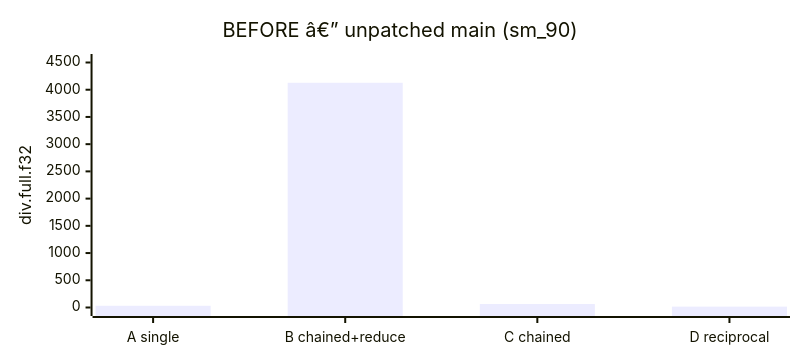
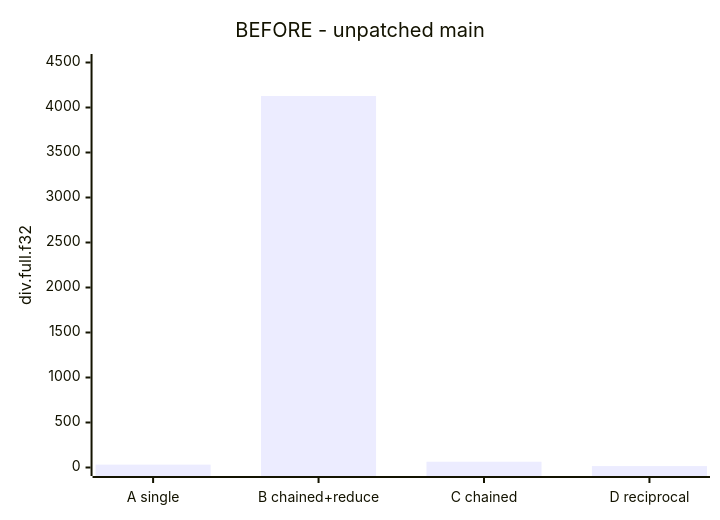
One commit to ArchanaChetan07/Triton- changed the sixth of 7 diagrams in README.md. Above: the diagram before and after it, drawn with Mermaid. The commit also changed other lines of this file, not shown here.

Commit message:
Fix README: encoding, sm_90 badge accuracy, measured PTX lines, diagrams

````diff
--- a/README.md
+++ b/README.md
@@ -151,13 +149,7 @@
 ```mermaid
----
-config:
-  xyChart:
-    width: 780
-    height: 340
----
 xychart-beta
-    title "BEFORE â€” unpatched main (sm_90)"
+    title "BEFORE - unpatched main"
     x-axis ["A single", "B chained+reduce", "C chained", "D reciprocal"]
     y-axis "div.full.f32" 0 --> 4500
     bar [32, 4128, 64, 16]
 ```
````
